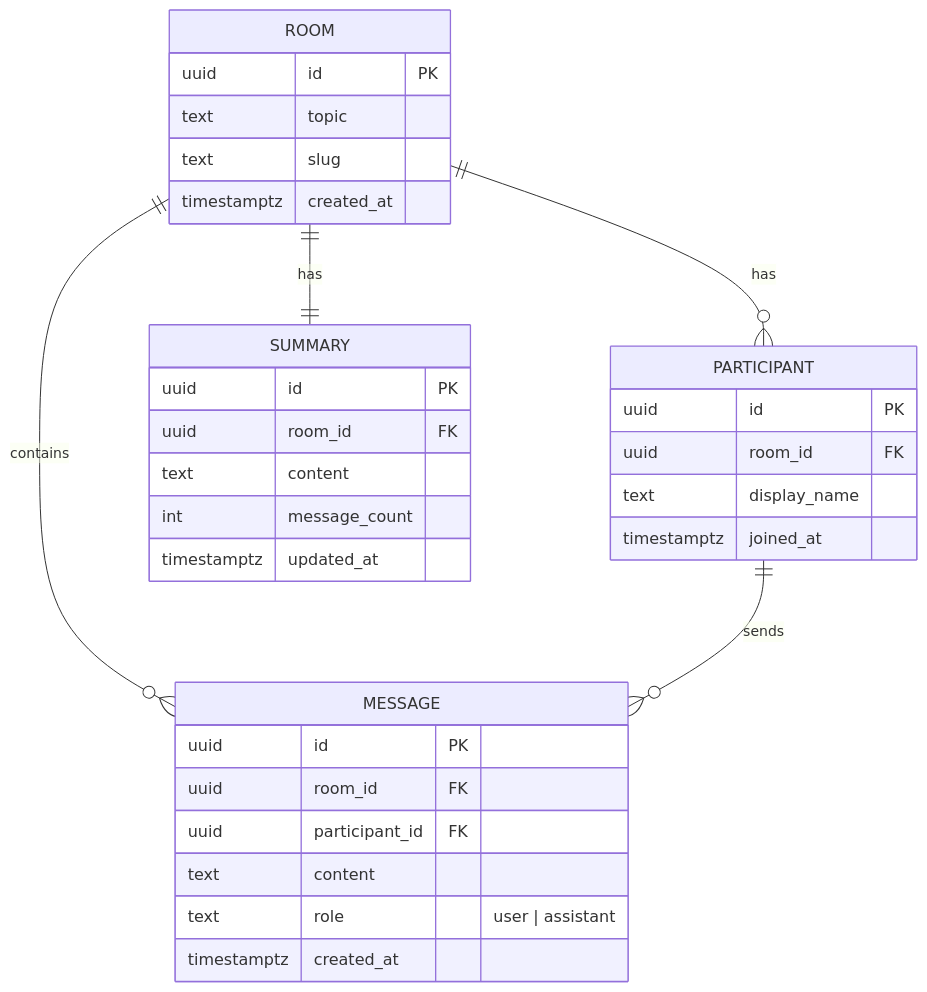
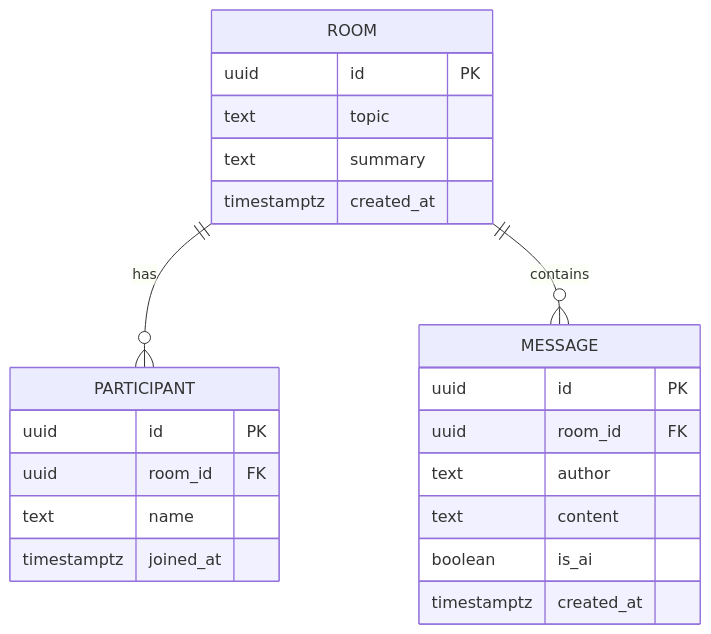
One commit to pirkkahuhtala/agora-ai changed the second of 3 diagrams in README.md. Above: the diagram before and after it, drawn with Mermaid. The commit also changed other lines of this file, not shown here.

Commit message:
Refactor README to update architecture diagram, data model, and message flow for AI integration

````diff
--- a/README.md
+++ b/README.md
@@ -52,38 +42,28 @@
 ```mermaid
 erDiagram
     ROOM {
         uuid id PK
         text topic
-        text slug
+        text summary
         timestamptz created_at
     }
 
     PARTICIPANT {
         uuid id PK
         uuid room_id FK
-        text display_name
+        text name
         timestamptz joined_at
     }
 
     MESSAGE {
         uuid id PK
         uuid room_id FK
-        uuid participant_id FK
+        text author
         text content
-        text role "user | assistant"
+        boolean is_ai
         timestamptz created_at
-    }
-
-    SUMMARY {
-        uuid id PK
-        uuid room_id FK
-        text content
-        int message_count
-        timestamptz updated_at
     }
 
     ROOM ||--o{ PARTICIPANT : "has"
     ROOM ||--o{ MESSAGE : "contains"
-    ROOM ||--|| SUMMARY : "has"
-    PARTICIPANT ||--o{ MESSAGE : "sends"
 ```
````
